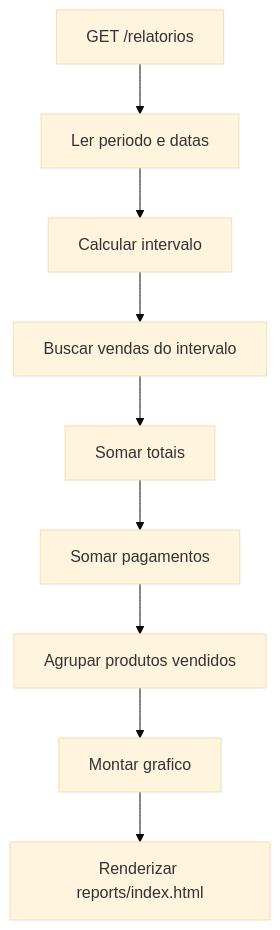
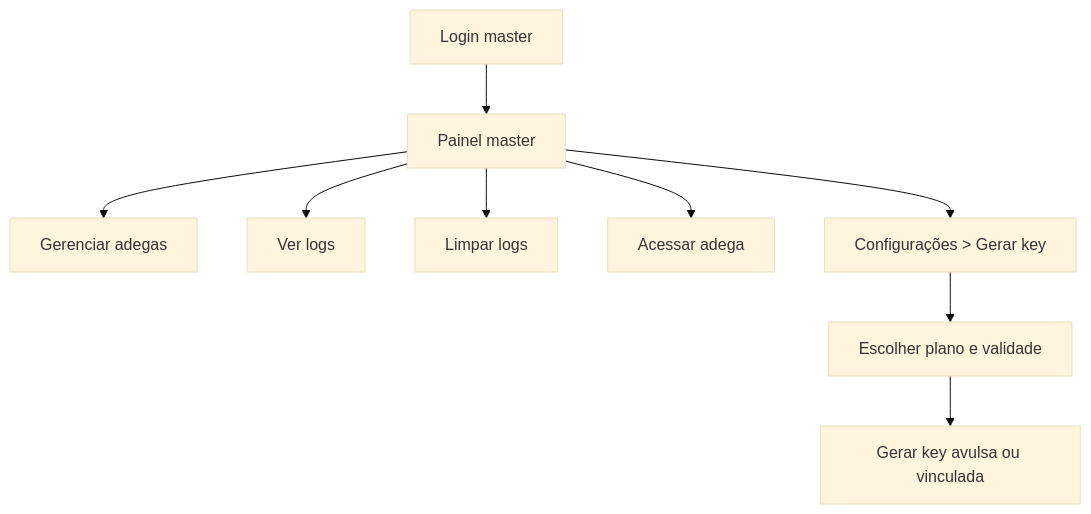
One commit to RafaelBG7/pdv2026 changed the seventh of 7 diagrams in docs/06-fluxo-sistema.md. Above: the diagram before and after it, drawn with Mermaid (base theme). The commit also changed other lines of this file and 82 other files, not shown here.

````diff
--- a/docs/06-fluxo-sistema.md
+++ b/docs/06-fluxo-sistema.md
@@ -110,11 +119,11 @@
 ```mermaid
 flowchart TD
-    A["GET /relatorios"] --> B["Ler periodo e datas"]
-    B --> C["Calcular intervalo"]
-    C --> D["Buscar vendas do intervalo"]
-    D --> E["Somar totais"]
-    E --> F["Somar pagamentos"]
-    F --> G["Agrupar produtos vendidos"]
-    G --> H["Montar grafico"]
-    H --> I["Renderizar reports/index.html"]
+    A["Login master"] --> B["Painel master"]
+    B --> C["Gerenciar adegas"]
+    B --> D["Ver logs"]
+    B --> E["Limpar logs"]
+    B --> F["Acessar adega"]
+    B --> G["Configurações > Gerar key"]
+    G --> H["Escolher plano e validade"]
+    H --> I["Gerar key avulsa ou vinculada"]
 ```
````
